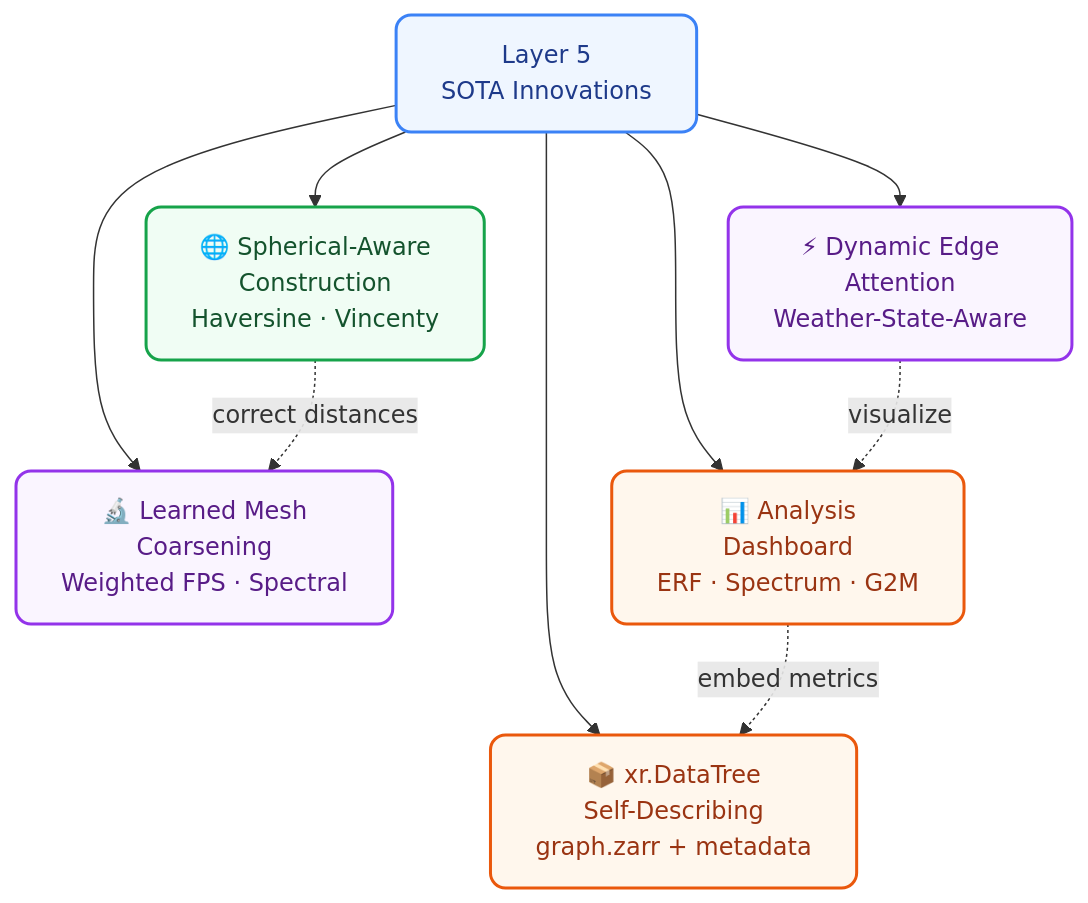
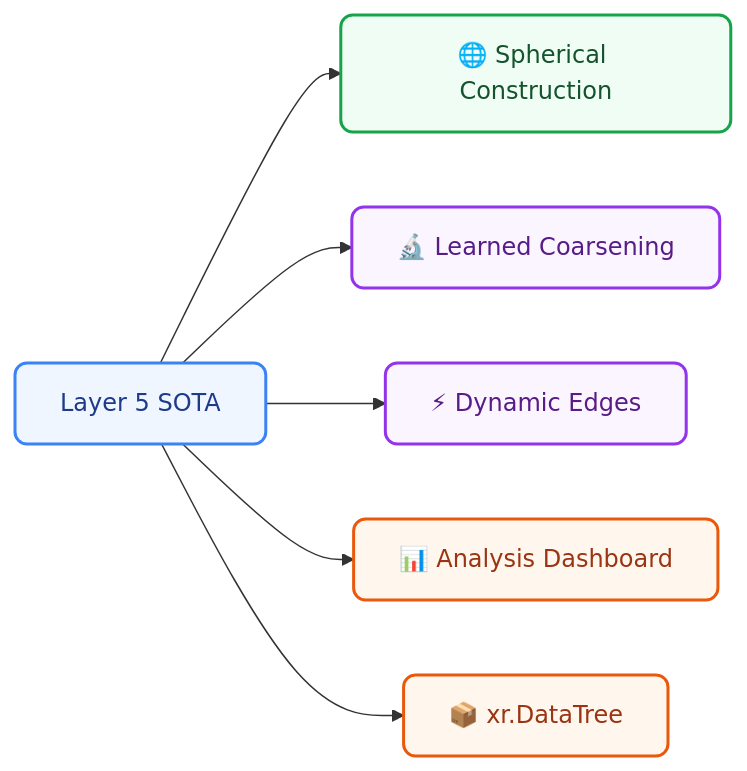
Diagram 14 of 14 in GSoC_Final_Draft.md (prajwal-tech07/Gsoc_test), drawn with Mermaid before and after one commit. The commit also changed other lines of this file, not shown here.

Commit message:
Polish proposal: add clickable PR/issue links throughout, add professional diagram elaborations, fix HeteroData access syntax per mentor feedback

````diff
--- a/GSoC_Final_Draft.md
+++ b/GSoC_Final_Draft.md
@@ -659,25 +683,15 @@
 ```mermaid
-flowchart TB
-    classDef core fill:#eff6ff,stroke:#3b82f6,stroke-width:2px,rx:10px,color:#1e3a8a
-    classDef graphC fill:#f0fdf4,stroke:#16a34a,stroke-width:2px,rx:10px,color:#14532d
-    classDef ml fill:#faf5ff,stroke:#9333ea,stroke-width:2px,rx:10px,color:#581c87
-    classDef io fill:#fff7ed,stroke:#ea580c,stroke-width:2px,rx:10px,color:#9a3412
+flowchart LR
+    classDef core fill:#eff6ff,stroke:#3b82f6,stroke-width:2px,rx:8px,color:#1e3a8a
+    classDef graphC fill:#f0fdf4,stroke:#16a34a,stroke-width:2px,rx:8px,color:#14532d
+    classDef ml fill:#faf5ff,stroke:#9333ea,stroke-width:2px,rx:8px,color:#581c87
+    classDef io fill:#fff7ed,stroke:#ea580c,stroke-width:2px,rx:8px,color:#9a3412
 
-    HUB["Layer 5<br/>SOTA Innovations"]:::core
+    HUB["Layer 5 SOTA"]:::core
 
-    SC["🌐 Spherical-Aware<br/>Construction<br/>Haversine · Vincenty"]:::graphC
-    LC["🔬 Learned Mesh<br/>Coarsening<br/>Weighted FPS · Spectral"]:::ml
-    DE["⚡ Dynamic Edge<br/>Attention<br/>Weather-State-Aware"]:::ml
-    VZ["📊 Analysis<br/>Dashboard<br/>ERF · Spectrum · G2M"]:::io
-    DT["📦 xr.DataTree<br/>Self-Describing<br/>graph.zarr + metadata"]:::io
-
-    HUB --> SC
-    HUB --> LC
-    HUB --> DE
-    HUB --> VZ
-    HUB --> DT
-
-    SC -.->|"correct distances"| LC
-    DE -.->|"visualize"| VZ
-    VZ -.->|"embed metrics"| DT
+    HUB --> SC["🌐 Spherical Construction"]:::graphC
+    HUB --> LC["🔬 Learned Coarsening"]:::ml
+    HUB --> DE["⚡ Dynamic Edges"]:::ml
+    HUB --> VZ["📊 Analysis Dashboard"]:::io
+    HUB --> DT["📦 xr.DataTree"]:::io
 ```
````
